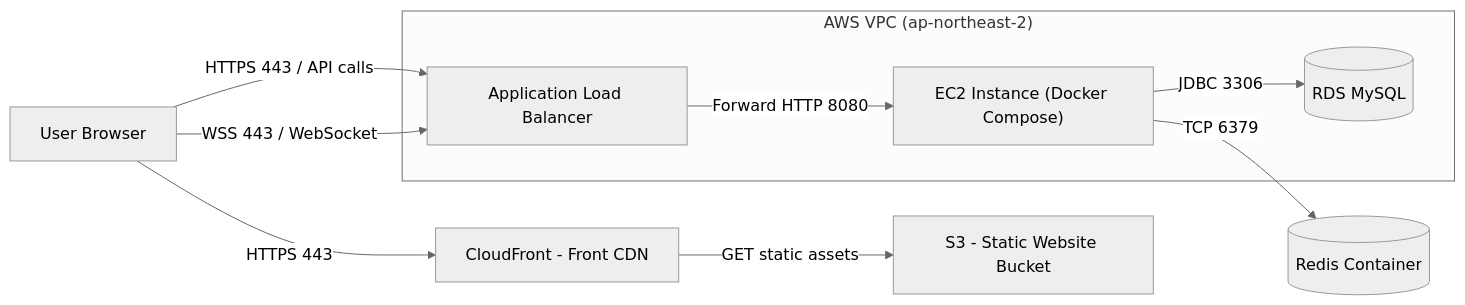
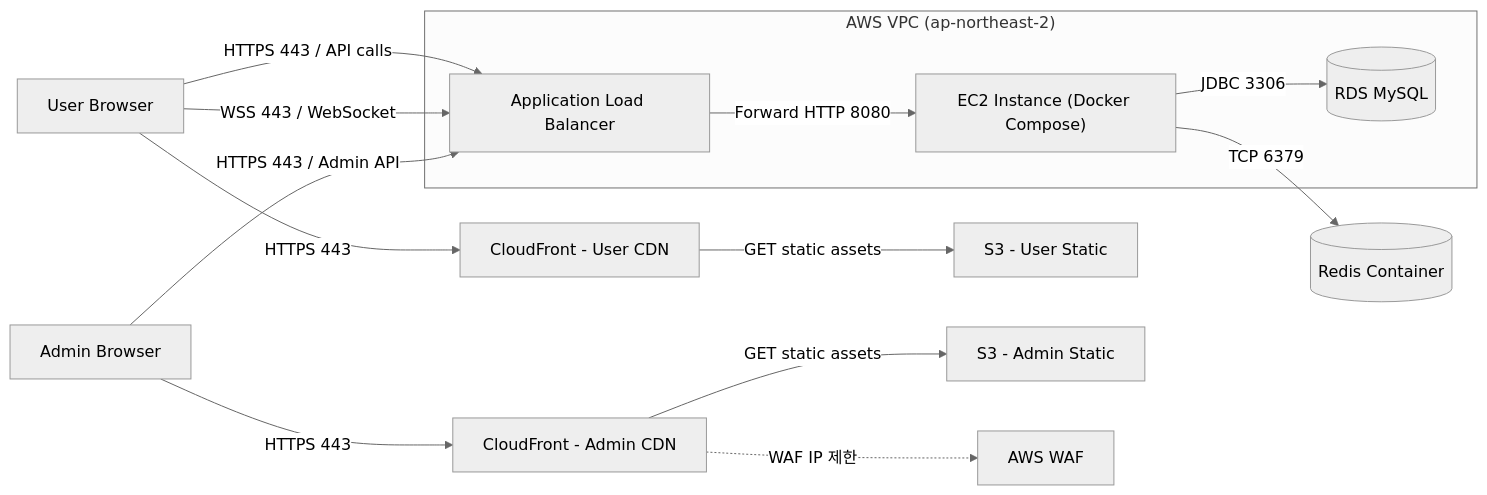
Before and after one commit to cherry-market/cherry-architecture: the first of 3 diagrams in architecture/system-overview.md, drawn with Mermaid (neutral theme). The commit also changed other lines of this file and 2 other files, not shown here.

````diff
--- a/architecture/system-overview.md
+++ b/architecture/system-overview.md
@@ -7,17 +7,22 @@
 ```mermaid
 flowchart LR
-  U[User Browser] -->|HTTPS 443| CF[CloudFront - Front CDN]
-  CF -->|GET static assets| S3[S3 - Static Website Bucket]
+  U[User Browser] -->|HTTPS 443| CF[CloudFront - User CDN]
+  CF -->|GET static assets| S3[S3 - User Static]
+
+  A[Admin Browser] -->|HTTPS 443| ACF[CloudFront - Admin CDN]
+  ACF -->|GET static assets| AS3[S3 - Admin Static]
+  ACF -.->|WAF IP 제한| WAF[AWS WAF]
 
   U -->|HTTPS 443 / API calls| ALB[Application Load Balancer]
   U -->|WSS 443 / WebSocket| ALB
+  A -->|HTTPS 443 / Admin API| ALB
   ALB -->|Forward HTTP 8080| EC2["EC2 Instance (Docker Compose)"]
   EC2 -->|JDBC 3306| RDS[(RDS MySQL)]
   EC2 -->|TCP 6379| Redis[(Redis Container)]
 
   subgraph VPC["AWS VPC (ap-northeast-2)"]
     ALB
     EC2
     RDS
   end
 ```
````
